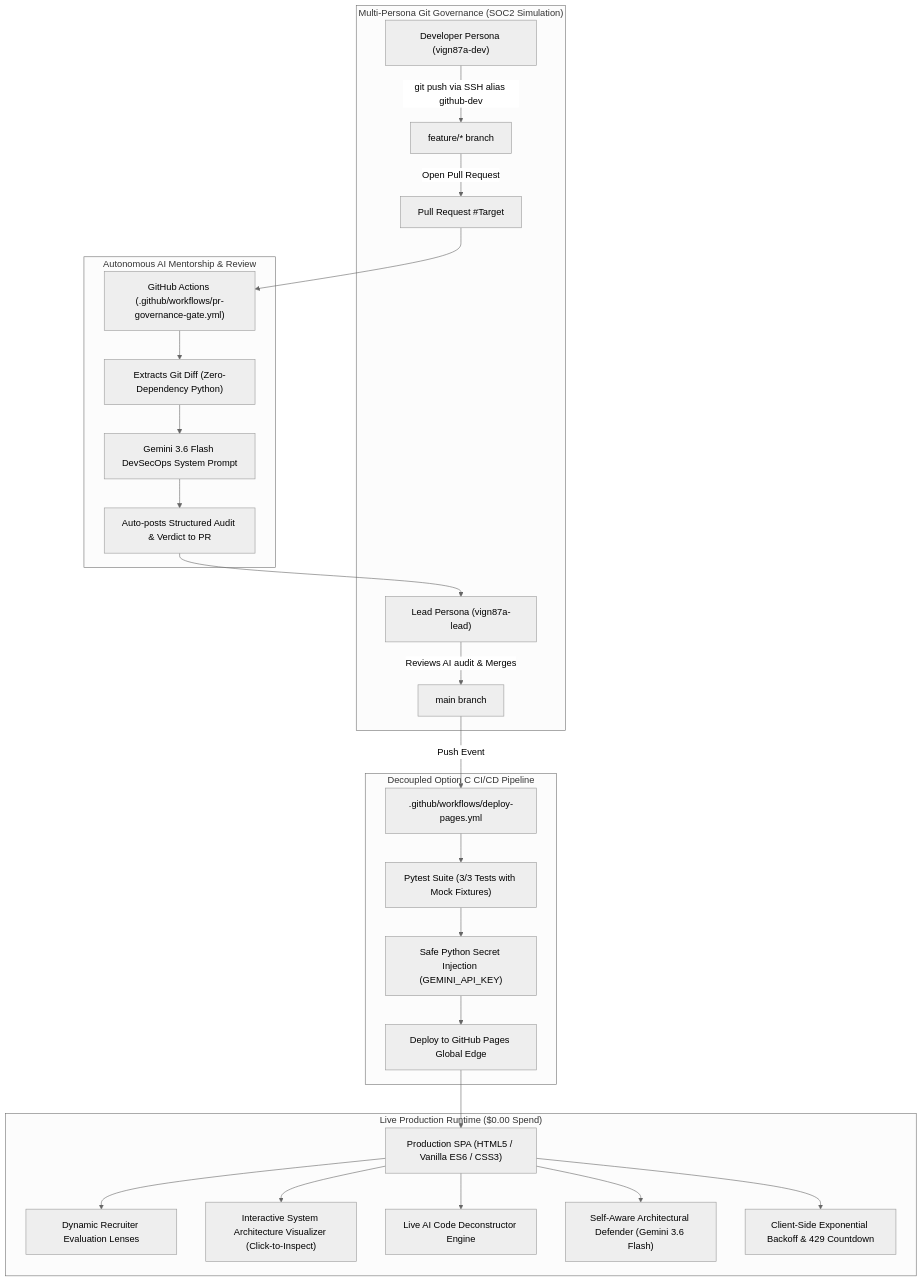
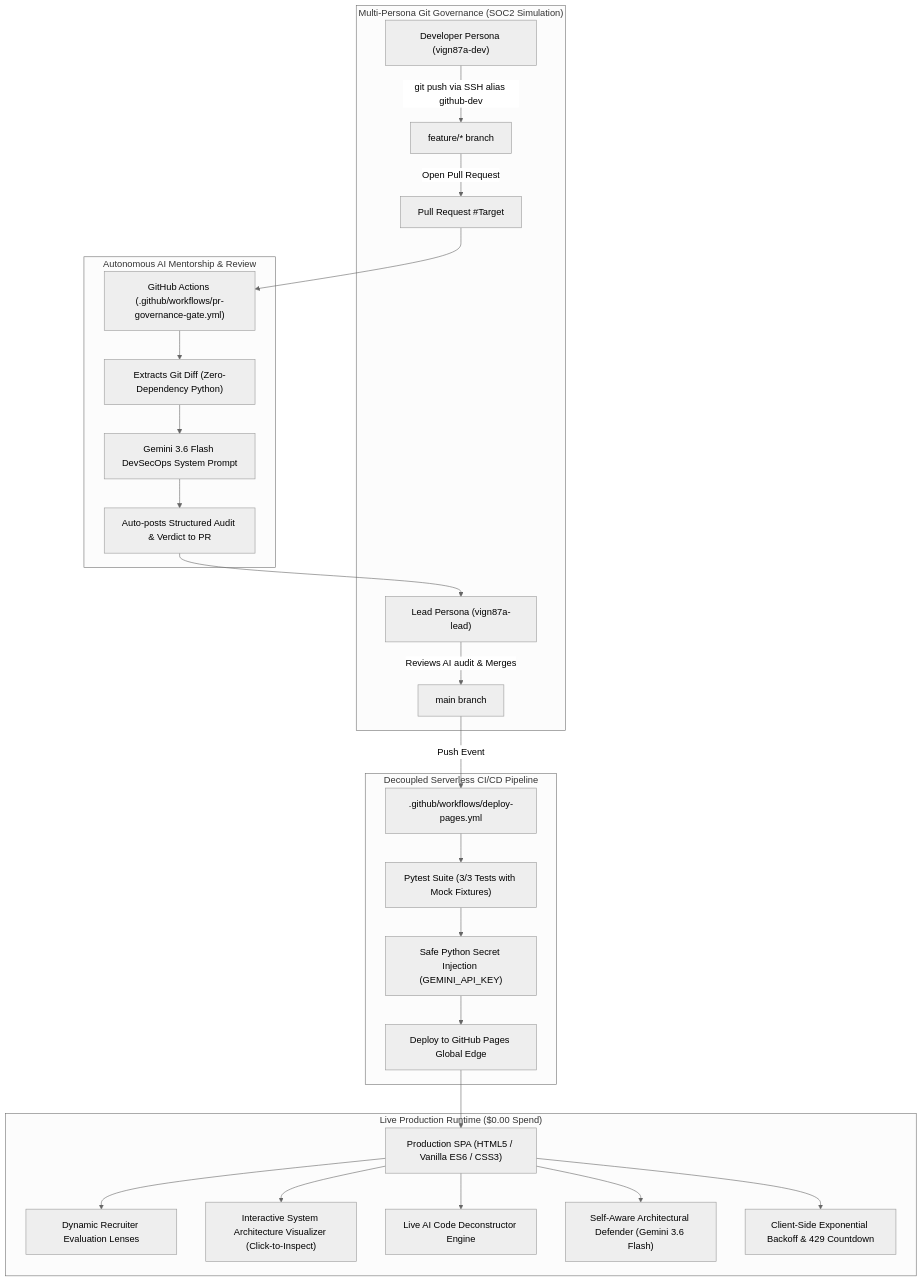
One commit to vign87a-git/ai-portfolio-platform changed the diagram in README.md. Above: the diagram before and after it, drawn with Mermaid (neutral theme). The commit also changed other lines of this file and 12 other files, not shown here.

````diff
--- a/README.md
+++ b/README.md
@@ -51,32 +51,32 @@
 ```mermaid
 flowchart TD
     subgraph Governance ["Multi-Persona Git Governance (SOC2 Simulation)"]
         Dev["Developer Persona (vign87a-dev)"] -- "git push via SSH alias github-dev" --> FeatureBranch["feature/* branch"]
         FeatureBranch -- "Open Pull Request" --> PR["Pull Request #Target"]
         Lead["Lead Persona (vign87a-lead)"] -- "Reviews AI audit & Merges" --> Main["main branch"]
     end
 
     subgraph Bot ["Autonomous AI Mentorship & Review"]
         PR --> ActionBot["GitHub Actions (.github/workflows/pr-governance-gate.yml)"]
         ActionBot --> DiffEngine["Extracts Git Diff (Zero-Dependency Python)"]
         DiffEngine --> GeminiAudit["Gemini 3.6 Flash DevSecOps System Prompt"]
         GeminiAudit --> PRComment["Auto-posts Structured Audit & Verdict to PR"]
         PRComment --> Lead
     end
 
-    subgraph CI_CD ["Decoupled Option C CI/CD Pipeline"]
+    subgraph CI_CD ["Decoupled Serverless CI/CD Pipeline"]
         Main -- "Push Event" --> ActionPages[".github/workflows/deploy-pages.yml"]
         ActionPages --> PytestGate["Pytest Suite (3/3 Tests with Mock Fixtures)"]
         PytestGate --> SecretInject["Safe Python Secret Injection (GEMINI_API_KEY)"]
         SecretInject --> PagesDeploy["Deploy to GitHub Pages Global Edge"]
     end
 
     subgraph Production ["Live Production Runtime ($0.00 Spend)"]
         PagesDeploy --> LiveSPA["Production SPA (HTML5 / Vanilla ES6 / CSS3)"]
         LiveSPA --> RecruiterLens["Dynamic Recruiter Evaluation Lenses"]
         LiveSPA --> Visualizer["Interactive System Architecture Visualizer (Click-to-Inspect)"]
         LiveSPA --> Deconstructor["Live AI Code Deconstructor Engine"]
         LiveSPA --> SelfAware["Self-Aware Architectural Defender (Gemini 3.6 Flash)"]
         LiveSPA --> Backoff["Client-Side Exponential Backoff & 429 Countdown"]
     end
 ```
````
